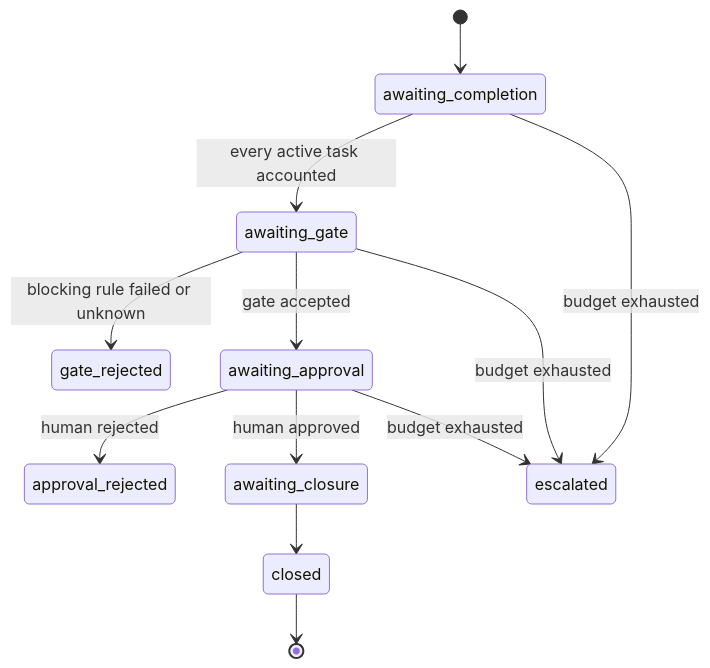
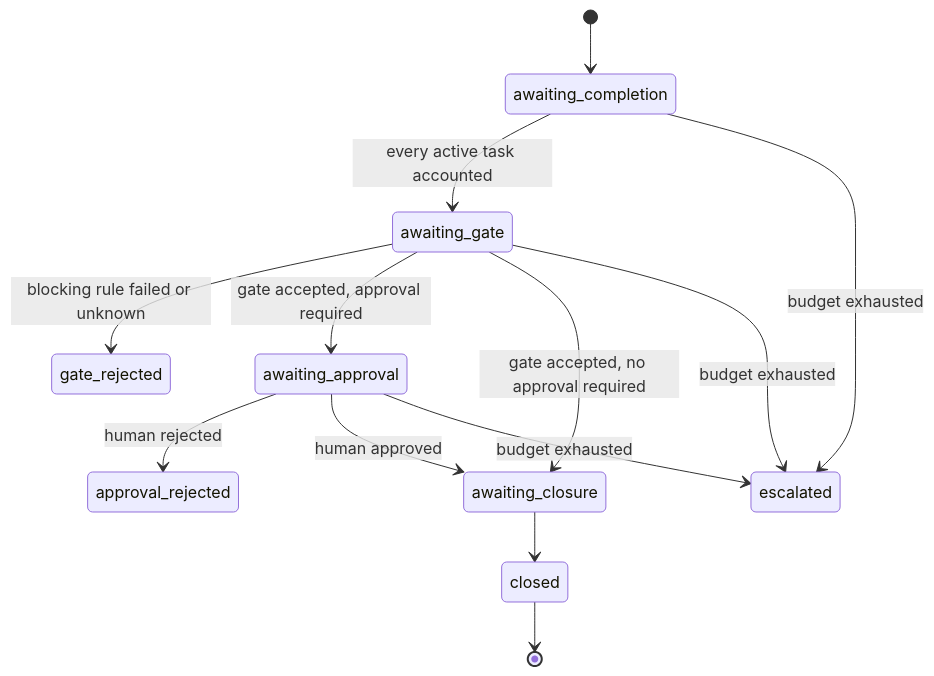
Before and after one commit to dasiths/senawa: the third of 3 diagrams in README.md, drawn with Mermaid. The commit also changed other lines of this file and 8 other files, not shown here.

````diff
--- a/README.md
+++ b/README.md
@@ -131,14 +165,15 @@
 ```mermaid
 stateDiagram-v2
     [*] --> awaiting_completion
     awaiting_completion --> awaiting_gate: every active task accounted
     awaiting_gate --> gate_rejected: blocking rule failed or unknown
-    awaiting_gate --> awaiting_approval: gate accepted
+    awaiting_gate --> awaiting_approval: gate accepted, approval required
+    awaiting_gate --> awaiting_closure: gate accepted, no approval required
     awaiting_approval --> approval_rejected: human rejected
     awaiting_approval --> awaiting_closure: human approved
     awaiting_closure --> closed
     closed --> [*]
     awaiting_completion --> escalated: budget exhausted
     awaiting_gate --> escalated: budget exhausted
     awaiting_approval --> escalated: budget exhausted
 ```
````
